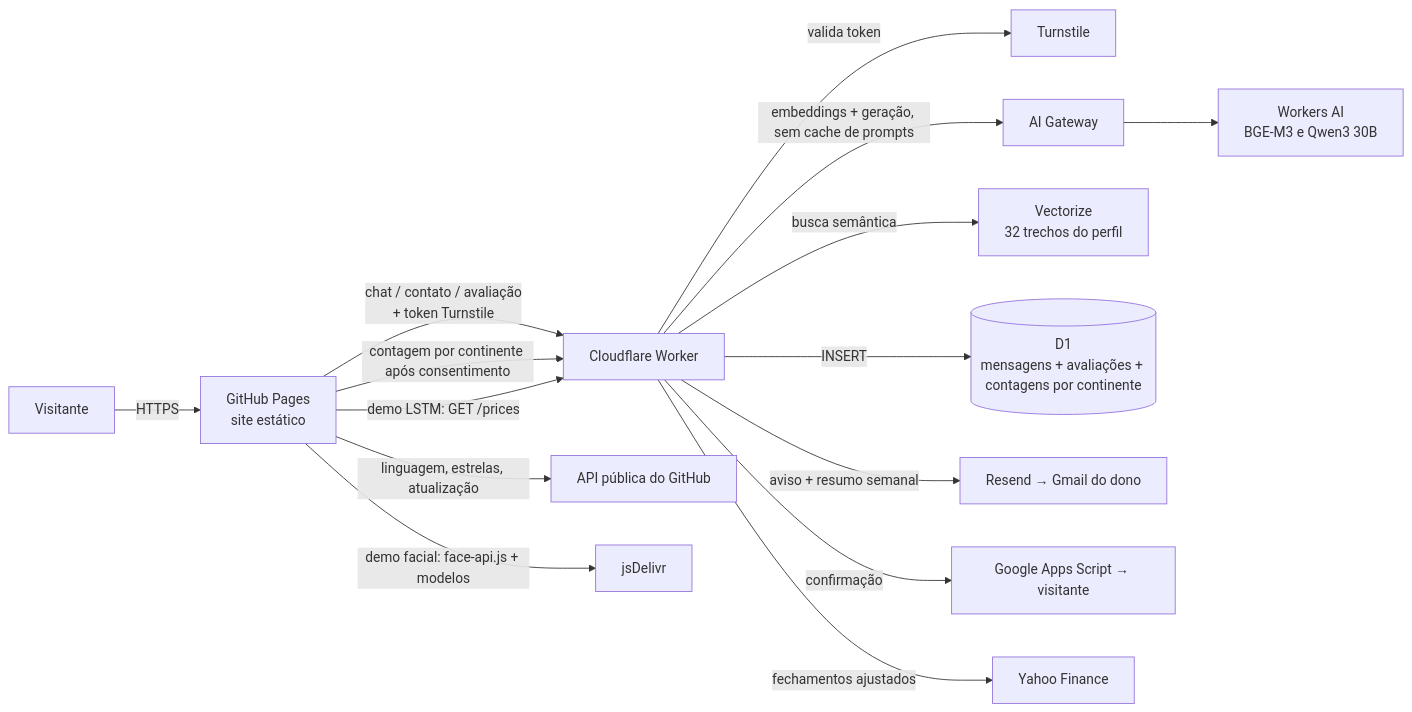
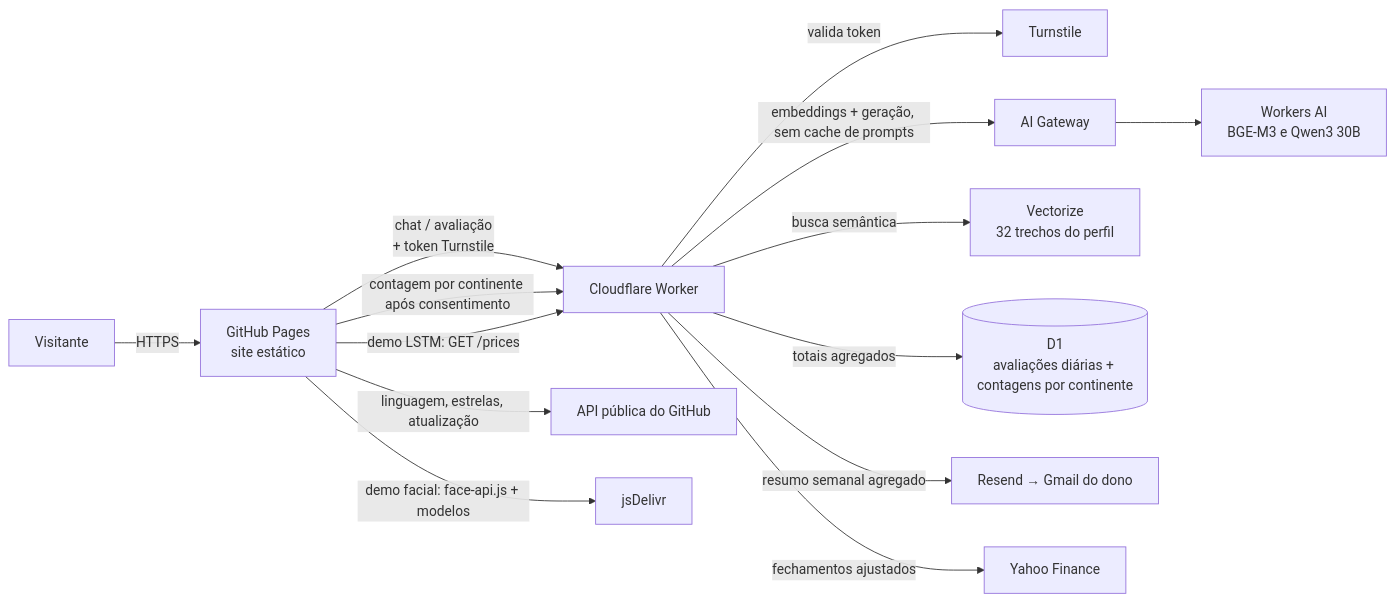
The diagram in README.pt-BR.md (emanueleborges/emanueleborges.github.io), drawn with Mermaid before and after one commit. The commit also changed other lines of this file and 34 other files, not shown here.

````diff
--- a/README.pt-BR.md
+++ b/README.pt-BR.md
@@ -63,17 +62,16 @@
 ```mermaid
 flowchart LR
   V[Visitante] -->|HTTPS| GP[GitHub Pages<br/>site estático]
-  GP -->|chat / contato / avaliação<br/>+ token Turnstile| W[Cloudflare Worker]
+  GP -->|chat / avaliação<br/>+ token Turnstile| W[Cloudflare Worker]
   W -->|valida token| TS[Turnstile]
   W -->|embeddings + geração, sem cache de prompts| GW[AI Gateway]
   GW --> AI[Workers AI<br/>BGE-M3 e Qwen3 30B]
   W -->|busca semântica| VZ[Vectorize<br/>32 trechos do perfil]
-  W -->|INSERT| D1[(D1<br/>mensagens + avaliações + contagens por continente)]
-  W -->|aviso + resumo semanal| RS[Resend → Gmail do dono]
-  W -->|confirmação| GAS[Google Apps Script → visitante]
+  W -->|totais agregados| D1[(D1<br/>avaliações diárias + contagens por continente)]
+  W -->|resumo semanal agregado| RS[Resend → Gmail do dono]
   GP -->|contagem por continente após consentimento| W
   GP -->|linguagem, estrelas, atualização| GH[API pública do GitHub]
   GP -->|demo LSTM: GET /prices| W
   W -->|fechamentos ajustados| YF[Yahoo Finance]
   GP -->|demo facial: face-api.js + modelos| CDN[jsDelivr]
 ```
````
